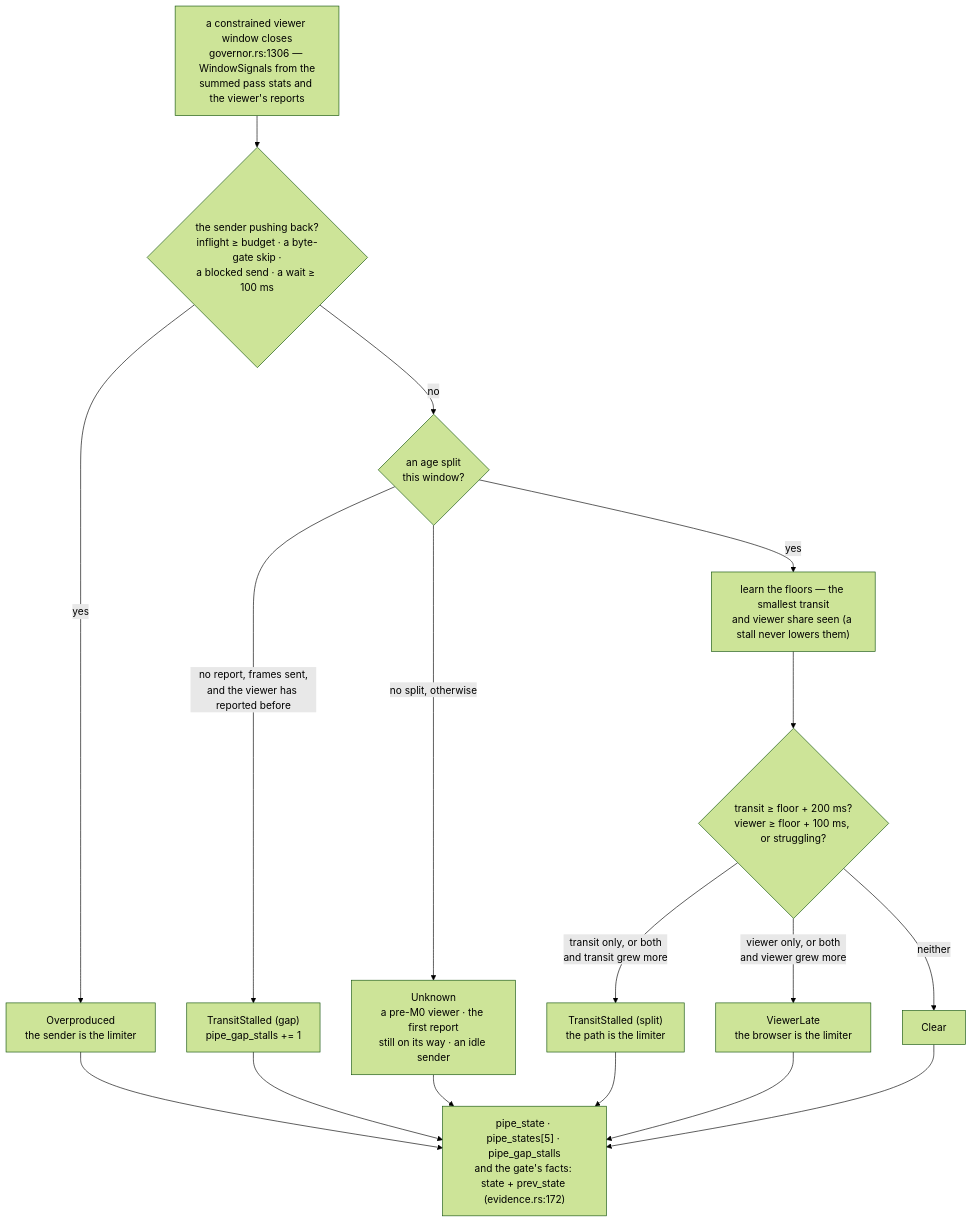
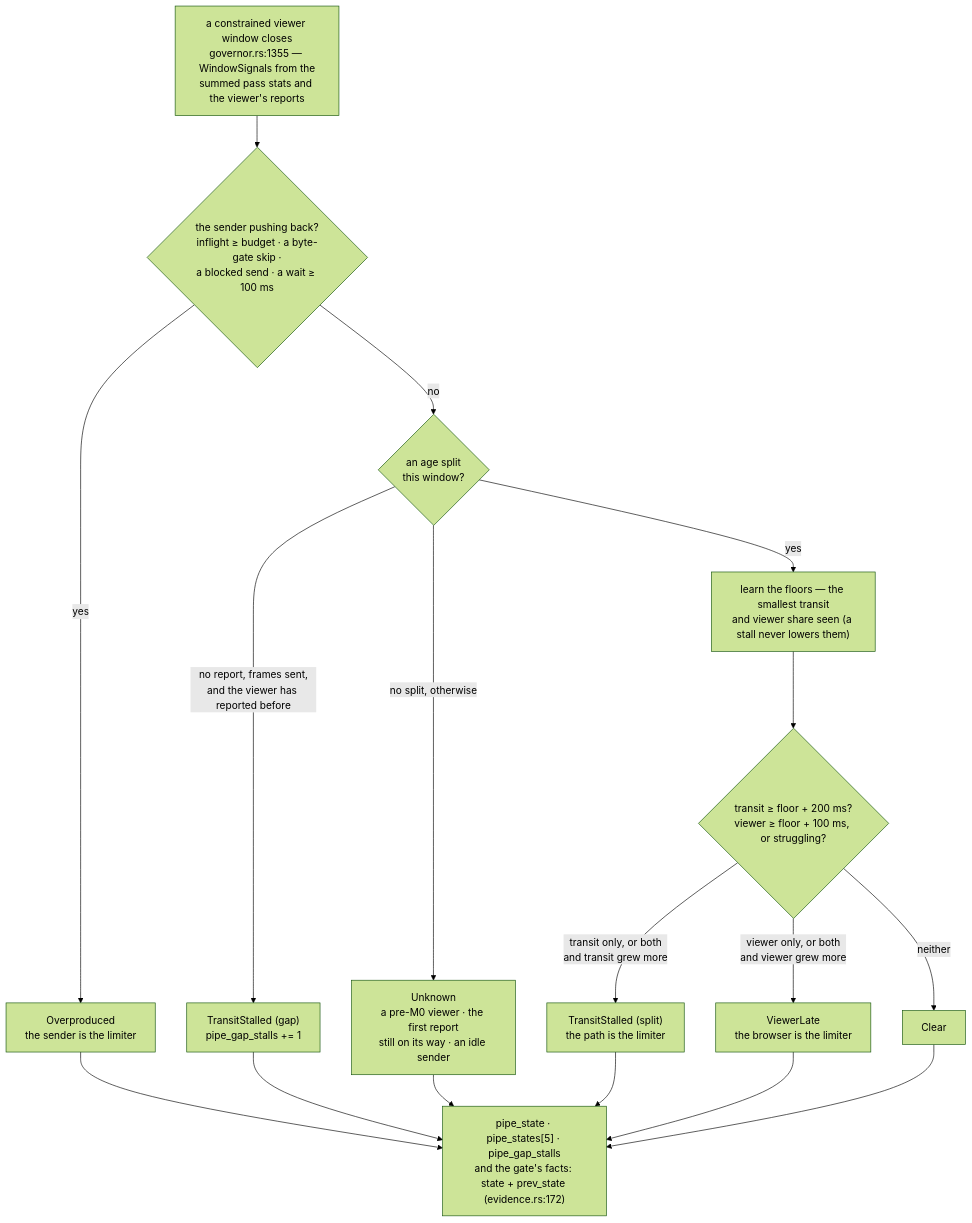
Before and after one commit to gjovanov/roomler-ai: the second of 14 diagrams in docs/rate-control.md, drawn with Mermaid (forest theme). The commit also changed other lines of this file and 27 other files, not shown here.

````diff
--- a/docs/rate-control.md
+++ b/docs/rate-control.md
@@ -139,14 +139,14 @@
 ```mermaid
 flowchart TB
-    W["a constrained viewer window closes<br/>governor.rs:1306 — WindowSignals from the<br/>summed pass stats and the viewer's reports"] --> O{"the sender pushing back?<br/>inflight ≥ budget · a byte-gate skip ·<br/>a blocked send · a wait ≥ 100 ms"}
+    W["a constrained viewer window closes<br/>governor.rs:1355 — WindowSignals from the<br/>summed pass stats and the viewer's reports"] --> O{"the sender pushing back?<br/>inflight ≥ budget · a byte-gate skip ·<br/>a blocked send · a wait ≥ 100 ms"}
     O -- yes --> OP["Overproduced<br/>the sender is the limiter"]
     O -- no --> SP{"an age split<br/>this window?"}
     SP -- "no report, frames sent,<br/>and the viewer has reported before" --> GAP["TransitStalled (gap)<br/>pipe_gap_stalls += 1"]
     SP -- "no split, otherwise" --> UNK["Unknown<br/>a pre-M0 viewer · the first report<br/>still on its way · an idle sender"]
     SP -- yes --> FL["learn the floors — the smallest transit<br/>and viewer share seen (a stall never lowers them)"]
     FL --> X{"transit ≥ floor + 200 ms?<br/>viewer ≥ floor + 100 ms, or struggling?"}
     X -- "transit only, or both<br/>and transit grew more" --> TS["TransitStalled (split)<br/>the path is the limiter"]
     X -- "viewer only, or both<br/>and viewer grew more" --> VL["ViewerLate<br/>the browser is the limiter"]
     X -- neither --> CL["Clear"]
     OP & GAP & UNK & TS & VL & CL --> HB["pipe_state · pipe_states[5] · pipe_gap_stalls<br/>and the gate's facts: state + prev_state (evidence.rs:172)"]
 ```
````
